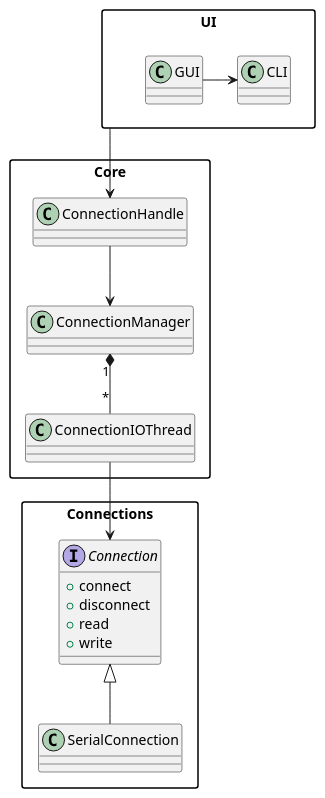
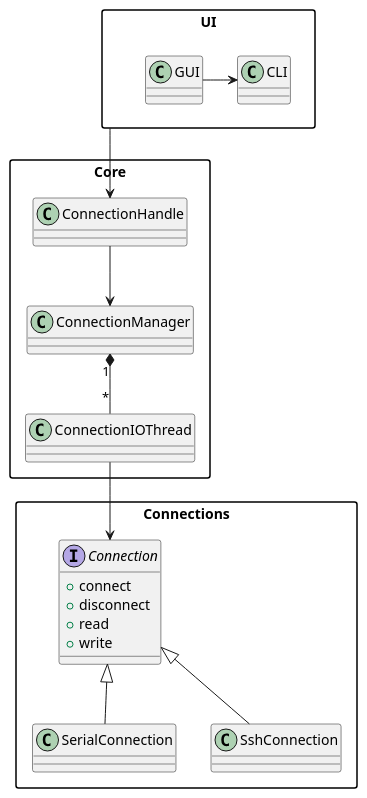
The diagram in docs/puml/arch_level2.puml (simon-rechermann/putty_rs_async), drawn with PlantUML before and after one commit. The commit also changed 2 other files, not shown here.

```diff
--- a/docs/puml/arch_level2.puml
+++ b/docs/puml/arch_level2.puml
@@ -1,37 +1,38 @@
 @startuml ArchLevel2
 
 allowmixing
 
 skinparam packageStyle rectangle
 skinparam packageBackgroundColor White
 
 package UI {
     class CLI
     class GUI
     GUI -> CLI
 }
 
 package Core {
     class ConnectionHandle
     class ConnectionIOThread
     class ConnectionManager
     ConnectionHandle --> ConnectionManager
     ConnectionManager "1" *-- "*" ConnectionIOThread
 }
 
 package Connections {
     interface Connection {
         + connect
         + disconnect
         + read
         + write
     }
-    class SerialConnection {
-    }
+    class SerialConnection {}
+    class SshConnection {}
     Connection <|-- SerialConnection
+    Connection <|-- SshConnection
 }
 
 UI --> ConnectionHandle
 ConnectionIOThread --> Connection
 
 @enduml
```
